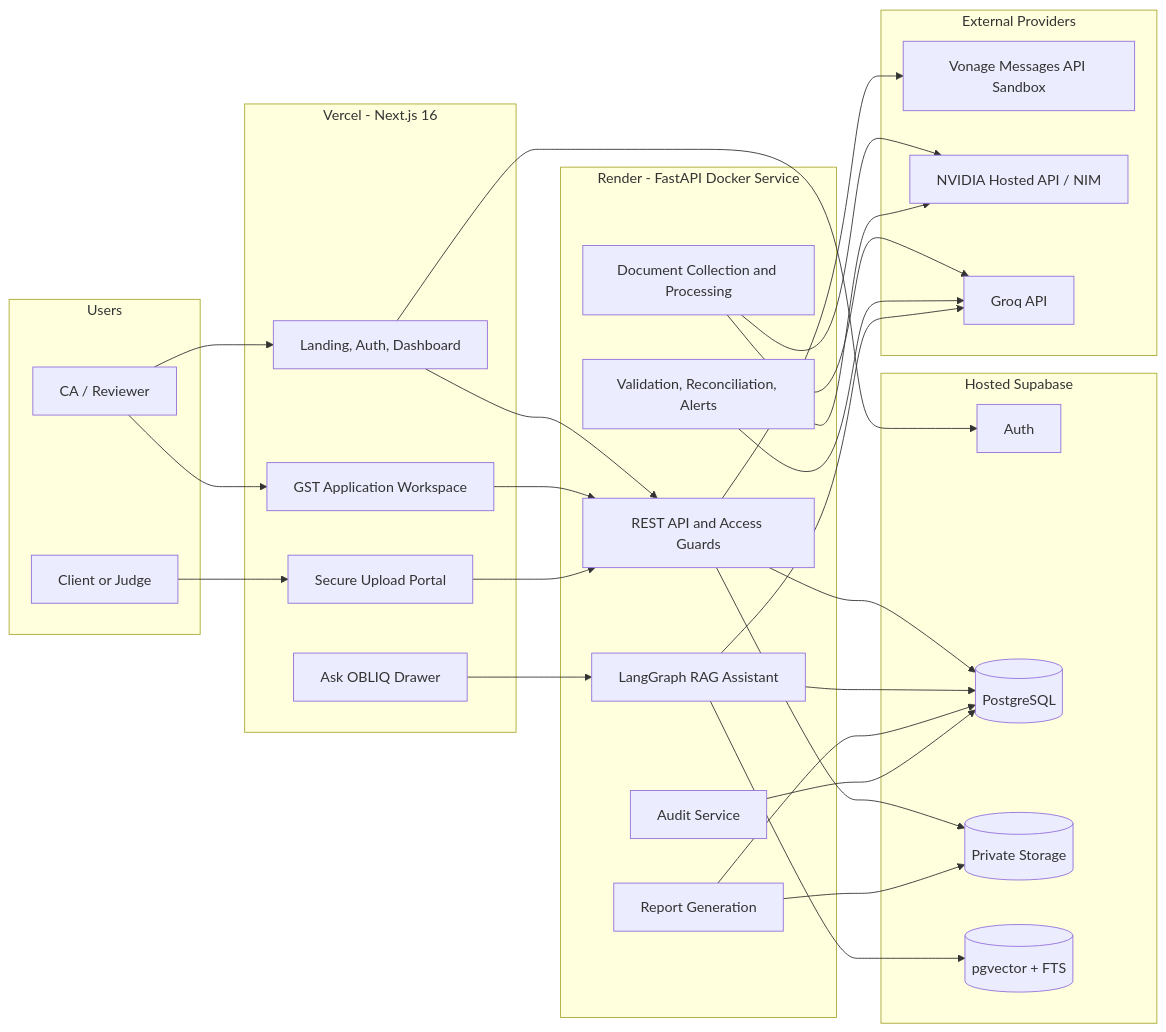
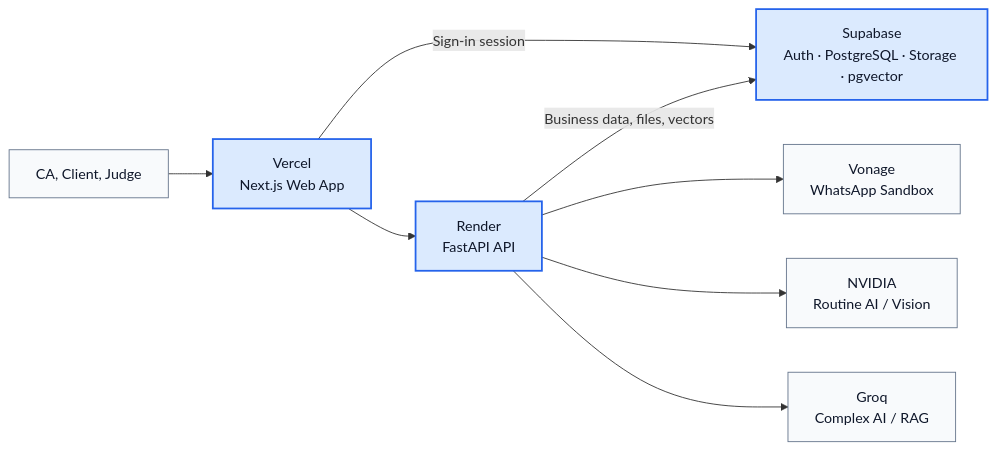
One commit to SiddharajShirke/obliq-gst-readiness-copilot changed the first of 11 diagrams in README.md. Above: the diagram before and after it, drawn with Mermaid. The commit also changed other lines of this file, not shown here.

Commit message:
docs: explain free-tier processing and simplify diagrams

````diff
--- a/README.md
+++ b/README.md
@@ -237,58 +244,21 @@
 ```mermaid
 flowchart LR
-    subgraph People[Users]
-        CA[CA / Reviewer]
-        Client[Client or Judge]
-    end
+    Users[CA, Client, Judge]
+    Frontend[Vercel<br/>Next.js Web App]
+    Backend[Render<br/>FastAPI API]
+    Supabase[Supabase<br/>Auth · PostgreSQL · Storage · pgvector]
 
-    subgraph Frontend[Vercel - Next.js 16]
-        Web[Landing, Auth, Dashboard]
-        Workspace[GST Application Workspace]
-        UploadUI[Secure Upload Portal]
-        Drawer[Ask OBLIQ Drawer]
-    end
+    Users --> Frontend
+    Frontend --> Backend
+    Frontend -->|Sign-in session| Supabase
+    Backend -->|Business data, files, vectors| Supabase
 
-    subgraph Backend[Render - FastAPI Docker Service]
-        API[REST API and Access Guards]
-        Docs[Document Collection and Processing]
-        Review[Validation, Reconciliation, Alerts]
-        RAG[LangGraph RAG Assistant]
-        Reports[Report Generation]
-        Audit[Audit Service]
-    end
+    Backend --> Vonage[Vonage<br/>WhatsApp Sandbox]
+    Backend --> NVIDIA[NVIDIA<br/>Routine AI / Vision]
+    Backend --> Groq[Groq<br/>Complex AI / RAG]
 
-    subgraph Supabase[Hosted Supabase]
-        Auth[Auth]
-        DB[(PostgreSQL)]
-        Storage[(Private Storage)]
-        Vector[(pgvector + FTS)]
-    end
-
-    subgraph Providers[External Providers]
-        Vonage[Vonage Messages API Sandbox]
-        NVIDIA[NVIDIA Hosted API / NIM]
-        Groq[Groq API]
-    end
-
-    CA --> Web
-    CA --> Workspace
-    Client --> UploadUI
-    Web --> Auth
-    Web --> API
-    Workspace --> API
-    UploadUI --> API
-    Drawer --> RAG
-    API --> DB
-    API --> Storage
-    API --> Vonage
-    Docs --> NVIDIA
-    Docs --> Groq
-    Review --> NVIDIA
-    Review --> Groq
-    RAG --> Groq
-    RAG --> Vector
-    RAG --> DB
-    Reports --> DB
-    Reports --> Storage
-    Audit --> DB
+    classDef primary fill:#dbeafe,stroke:#2563eb,color:#0f172a,stroke-width:2px;
+    classDef service fill:#f8fafc,stroke:#64748b,color:#0f172a;
+    class Frontend,Backend,Supabase primary;
+    class Users,Vonage,NVIDIA,Groq service;
 ```
````
